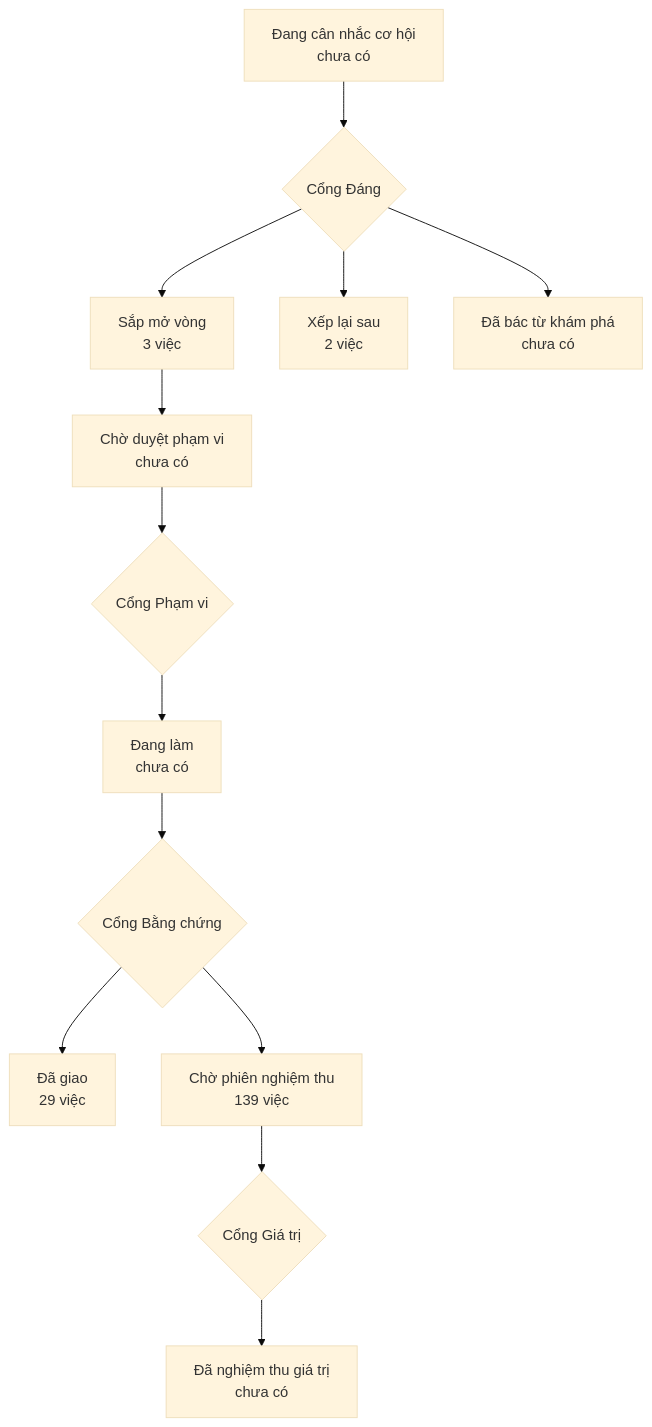
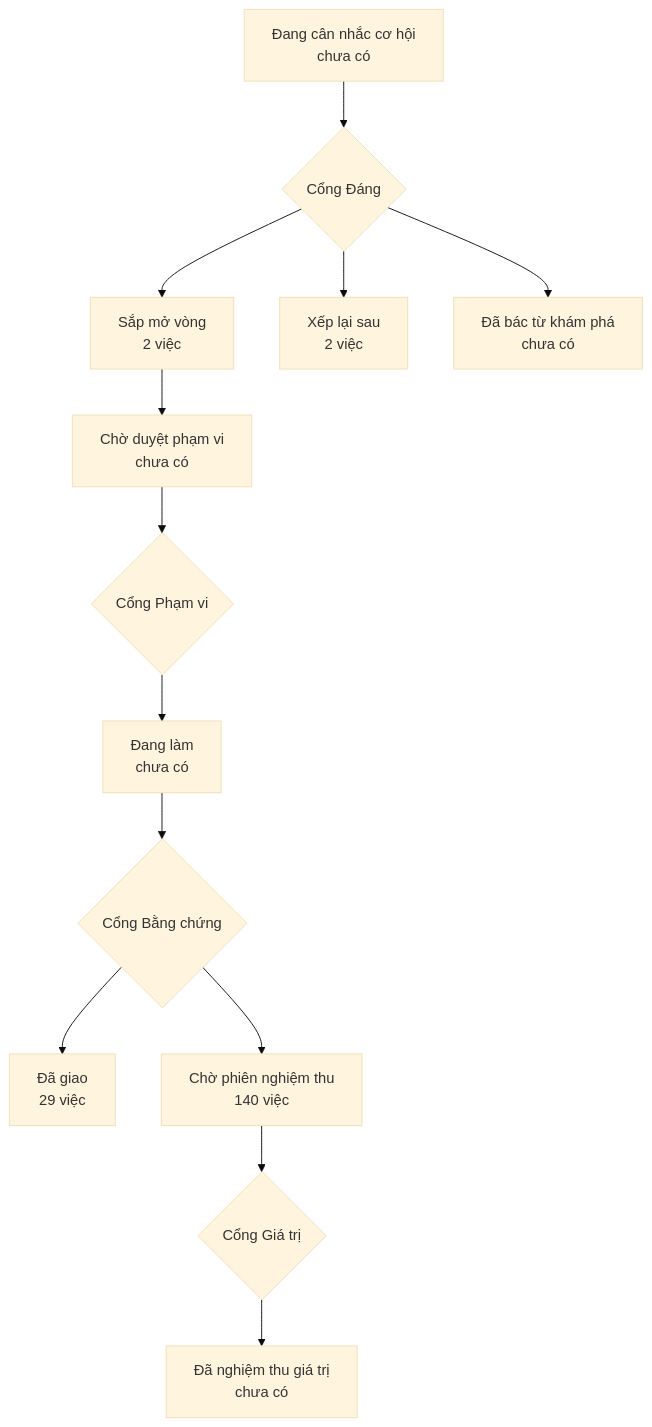
One commit to phanlemanh/onehub-quy-hang changed the diagram in PRODUCT-MAP.md. Above: the diagram before and after it, drawn with Mermaid (base theme). The commit also changed other lines of this file and 1 other file, not shown here.

Commit message:
chore: vẽ lại bản đồ sau gộp main

````diff
--- a/PRODUCT-MAP.md
+++ b/PRODUCT-MAP.md
@@ -7,12 +7,12 @@
 ```mermaid
 flowchart TD
   A["Đang cân nhắc cơ hội<br/>chưa có"] --> GD{"Cổng Đáng"}
-  GD --> B["Sắp mở vòng<br/>3 việc"]
+  GD --> B["Sắp mở vòng<br/>2 việc"]
   GD --> XL["Xếp lại sau<br/>2 việc"]
   GD --> DB["Đã bác từ khám phá<br/>chưa có"]
   B --> CD["Chờ duyệt phạm vi<br/>chưa có"] --> GP{"Cổng Phạm vi"}
   GP --> DL["Đang làm<br/>chưa có"] --> GB{"Cổng Bằng chứng"}
   GB --> DG["Đã giao<br/>29 việc"]
-  GB --> CN["Chờ phiên nghiệm thu<br/>139 việc"] --> GG{"Cổng Giá trị"}
+  GB --> CN["Chờ phiên nghiệm thu<br/>140 việc"] --> GG{"Cổng Giá trị"}
   GG --> NT["Đã nghiệm thu giá trị<br/>chưa có"]
 ```
````
